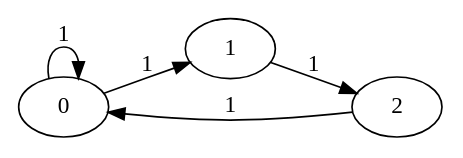
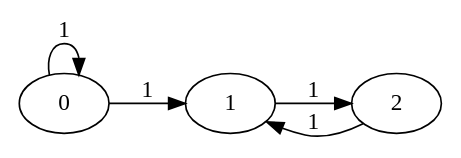
Before and after one commit to PolyakovAlexander/Formal-Languages: the diagram in data/test_graphs/epsilon.dot, drawn with Graphviz. The commit also changed 1 other file, not shown here.

```diff
--- a/data/test_graphs/epsilon.dot
+++ b/data/test_graphs/epsilon.dot
@@ -1,9 +1,9 @@
 digraph g {
 rankdir = LR
 0; 1; 2;
 
 0 -> 0[label="1"]
 0 -> 1[label="1"]
 1 -> 2[label="1"]
-2 -> 0[label="1"]
+2 -> 1[label="1"]
 }
```
